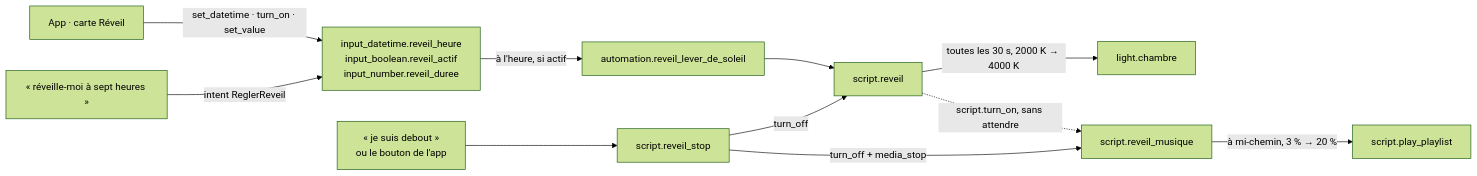
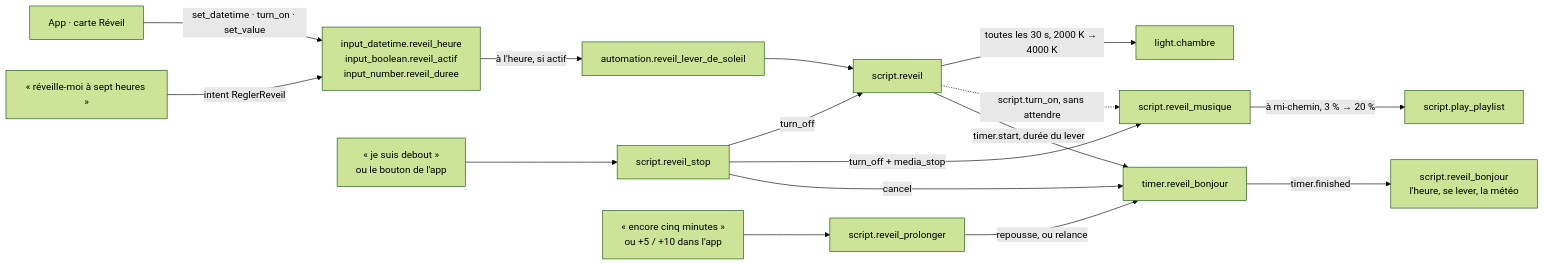
One commit to celestin-rumo/casa-domotique changed the fourth of 4 diagrams in docs/architecture.md. Above: the diagram before and after it, drawn with Mermaid (forest theme). The commit also changed other lines of this file and 6 other files, not shown here.

First line of the commit message:
Un bonjour à la fin du réveil, et encore cinq ou dix minutes

````diff
--- a/docs/architecture.md
+++ b/docs/architecture.md
@@ -180,13 +180,18 @@
 ```mermaid
 flowchart LR
     app["App · carte Réveil"] -- "set_datetime · turn_on · set_value" --> h["input_datetime.reveil_heure<br/>input_boolean.reveil_actif<br/>input_number.reveil_duree"]
     voix["« réveille-moi à sept heures »"] -- "intent ReglerReveil" --> h
     h -- "à l'heure, si actif" --> auto["automation.reveil_lever_de_soleil"]
     auto --> r["script.reveil"]
     r -- "toutes les 30 s, 2000 K → 4000 K" --> l["light.chambre"]
     r -. "script.turn_on, sans attendre" .-> m["script.reveil_musique"]
     m -- "à mi-chemin, 3 % → 20 %" --> pp["script.play_playlist"]
     stop["« je suis debout »<br/>ou le bouton de l'app"] --> s["script.reveil_stop"]
     s -- "turn_off" --> r
     s -- "turn_off + media_stop" --> m
+    r -- "timer.start, durée du lever" --> t["timer.reveil_bonjour"]
+    t -- "timer.finished" --> b["script.reveil_bonjour<br/>l'heure, se lever, la météo"]
+    pro["« encore cinq minutes »<br/>ou +5 / +10 dans l'app"] --> p["script.reveil_prolonger"]
+    p -- "repousse, ou relance" --> t
+    s -- "cancel" --> t
 ```
````
